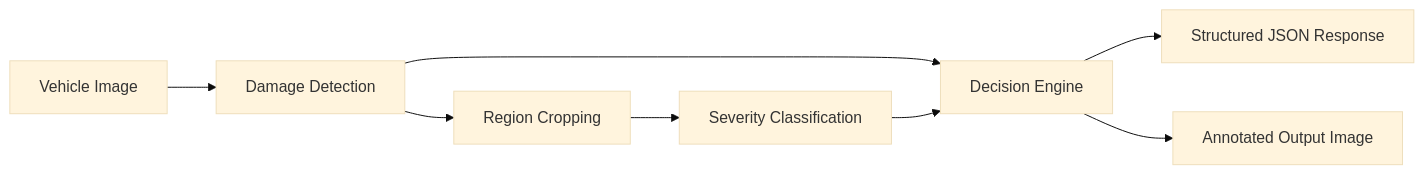
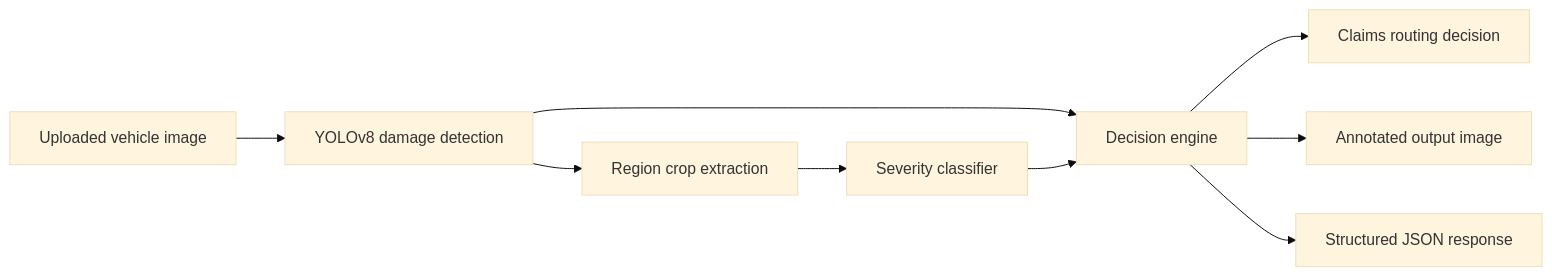
The diagram in README.md (SparshMaske/vehicle_damage_assesment), drawn with Mermaid (base theme) before and after one commit. The commit also changed other lines of this file and 18 other files, not shown here.

Commit message:
Update damage assessment pipeline and training flow

````diff
--- a/README.md
+++ b/README.md
@@ -16,10 +17,11 @@
 ```mermaid
 flowchart LR
-    A[Vehicle Image] --> B[Damage Detection]
-    B --> C[Region Cropping]
-    C --> D[Severity Classification]
-    B --> E[Decision Engine]
+    A[Uploaded vehicle image] --> B[YOLOv8 damage detection]
+    B --> C[Region crop extraction]
+    C --> D[Severity classifier]
+    B --> E[Decision engine]
     D --> E
-    E --> F[Structured JSON Response]
-    E --> G[Annotated Output Image]
+    E --> F[Claims routing decision]
+    E --> G[Annotated output image]
+    E --> H[Structured JSON response]
 ```
````
